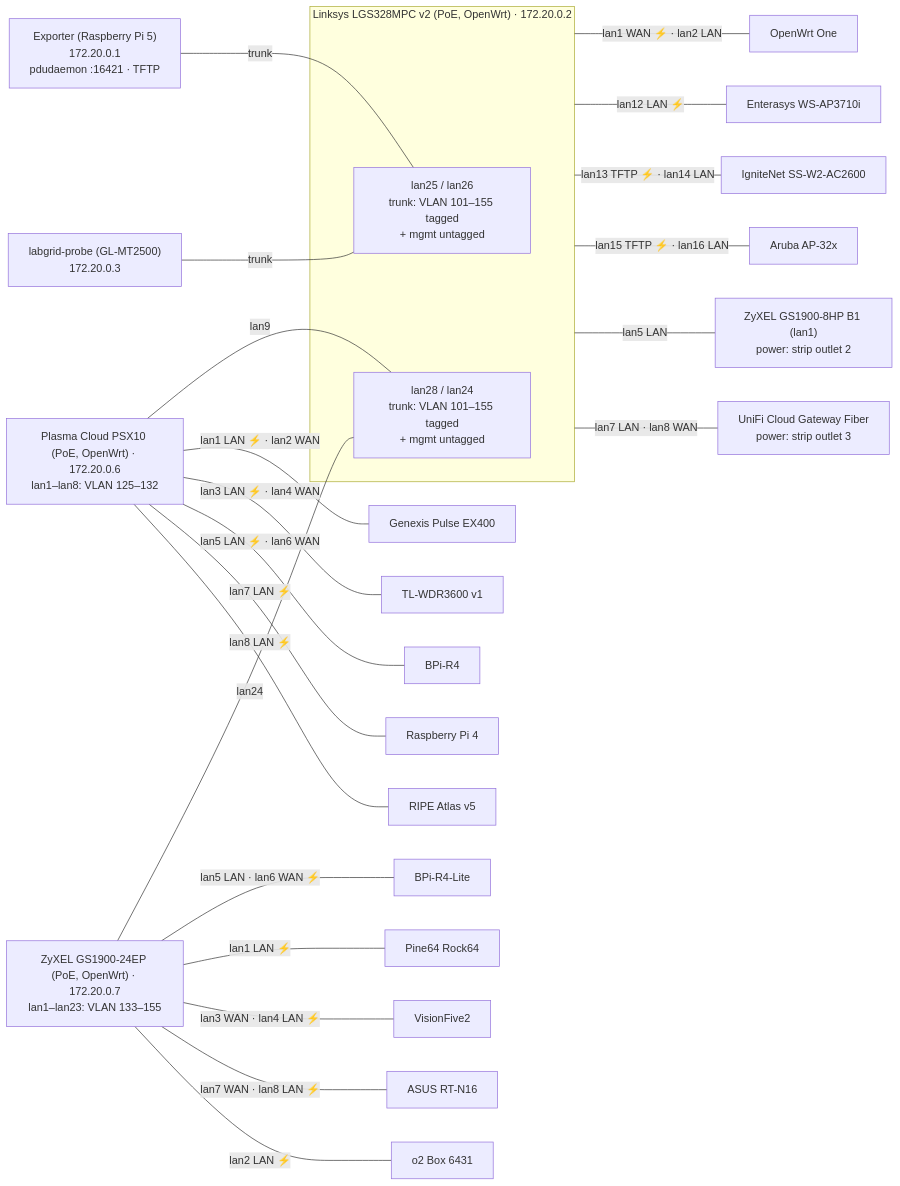
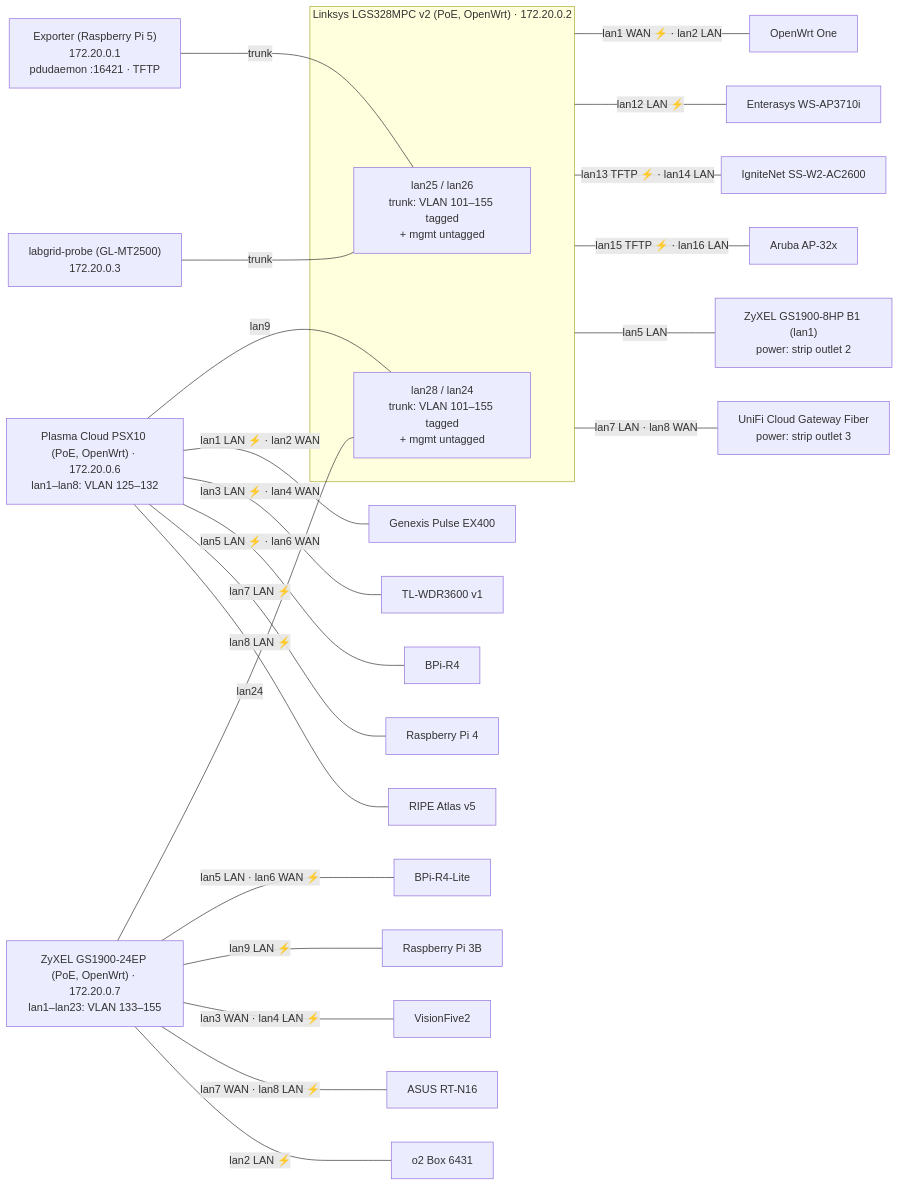
One commit to aparcar/openwrt-tests changed the first of 2 diagrams in labs/labgrid-aparcar/README.md. Above: the diagram before and after it, drawn with Mermaid. The commit also changed other lines of this file and 2 other files, not shown here.

First line of the commit message:
labs: aparcar: Raspberry Pi 3B on switch 3 lan9

````diff
--- a/labs/labgrid-aparcar/README.md
+++ b/labs/labgrid-aparcar/README.md
@@ -159,34 +159,34 @@
 ```mermaid
 flowchart LR
   EXP["Exporter (Raspberry Pi 5)<br/>172.20.0.1<br/>pdudaemon :16421 · TFTP"]
   PROBE["labgrid-probe (GL-MT2500)<br/>172.20.0.3"]
   SW2["Plasma Cloud PSX10 (PoE, OpenWrt) · 172.20.0.6<br/>lan1–lan8: VLAN 125–132"]
   SW3["ZyXEL GS1900-24EP (PoE, OpenWrt) · 172.20.0.7<br/>lan1–lan23: VLAN 133–155"]
 
   subgraph SW["Linksys LGS328MPC v2 (PoE, OpenWrt) · 172.20.0.2"]
     T["lan25 / lan26<br/>trunk: VLAN 101–155 tagged<br/>+ mgmt untagged"]
     U["lan28 / lan24<br/>trunk: VLAN 101–155 tagged<br/>+ mgmt untagged"]
   end
 
   EXP ---|trunk| T
   PROBE ---|trunk| T
   SW2 ---|lan9| U
   SW3 ---|lan24| U
 
   SW ---|"lan1 WAN ⚡ · lan2 LAN"| d1["OpenWrt One"]
   SW3 ---|"lan5 LAN · lan6 WAN ⚡"| d2["BPi-R4-Lite"]
   SW2 ---|"lan1 LAN ⚡ · lan2 WAN"| d3["Genexis Pulse EX400"]
   SW2 ---|"lan3 LAN ⚡ · lan4 WAN"| d4["TL-WDR3600 v1"]
   SW2 ---|"lan5 LAN ⚡ · lan6 WAN"| d5["BPi-R4"]
   SW2 ---|"lan7 LAN ⚡"| d6["Raspberry Pi 4"]
   SW ---|"lan12 LAN ⚡"| d7["Enterasys WS-AP3710i"]
   SW ---|"lan13 TFTP ⚡ · lan14 LAN"| d8["IgniteNet SS-W2-AC2600"]
   SW ---|"lan15 TFTP ⚡ · lan16 LAN"| d9["Aruba AP-32x"]
-  SW3 ---|"lan1 LAN ⚡"| d10["Pine64 Rock64"]
+  SW3 ---|"lan9 LAN ⚡"| d10["Raspberry Pi 3B"]
   SW ---|"lan5 LAN"| d11["ZyXEL GS1900-8HP B1 (lan1)<br/>power: strip outlet 2"]
   SW3 ---|"lan3 WAN · lan4 LAN ⚡"| d12["VisionFive2"]
   SW2 ---|"lan8 LAN ⚡"| d13["RIPE Atlas v5"]
   SW3 ---|"lan7 WAN · lan8 LAN ⚡"| d14["ASUS RT-N16"]
   SW3 ---|"lan2 LAN ⚡"| d15["o2 Box 6431"]
   SW ---|"lan7 LAN · lan8 WAN"| d16["UniFi Cloud Gateway Fiber<br/>power: strip outlet 3"]
 ```
````
